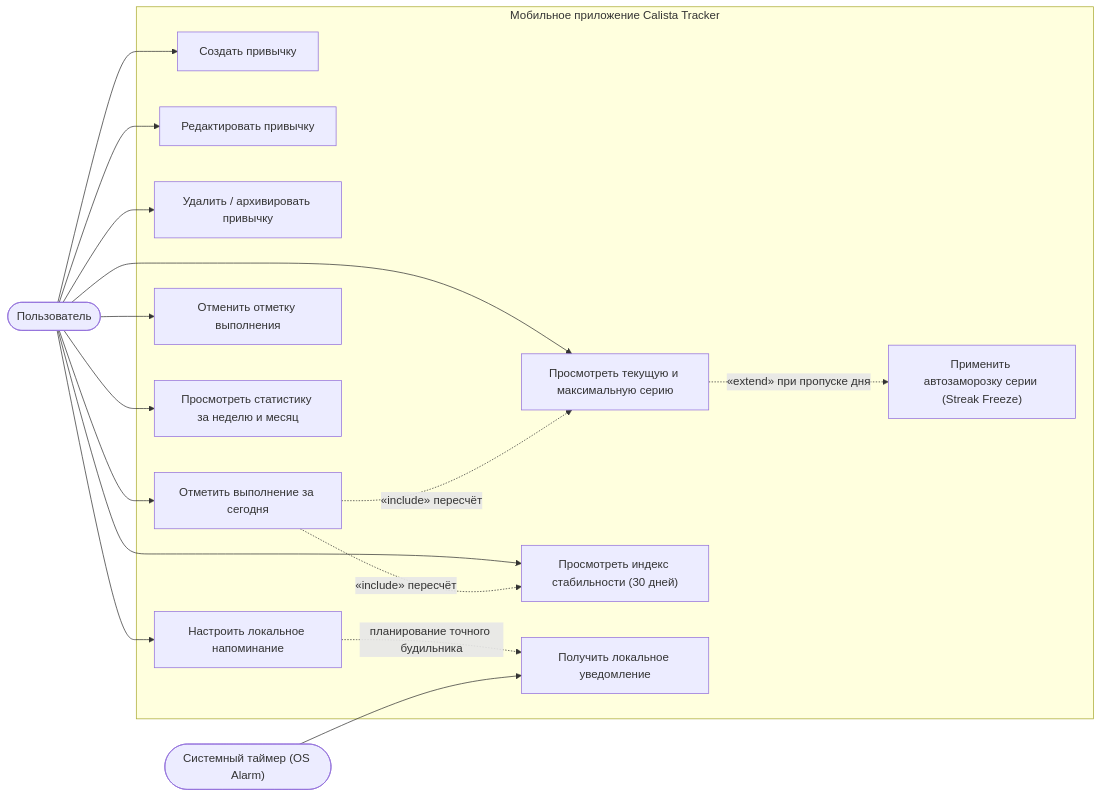
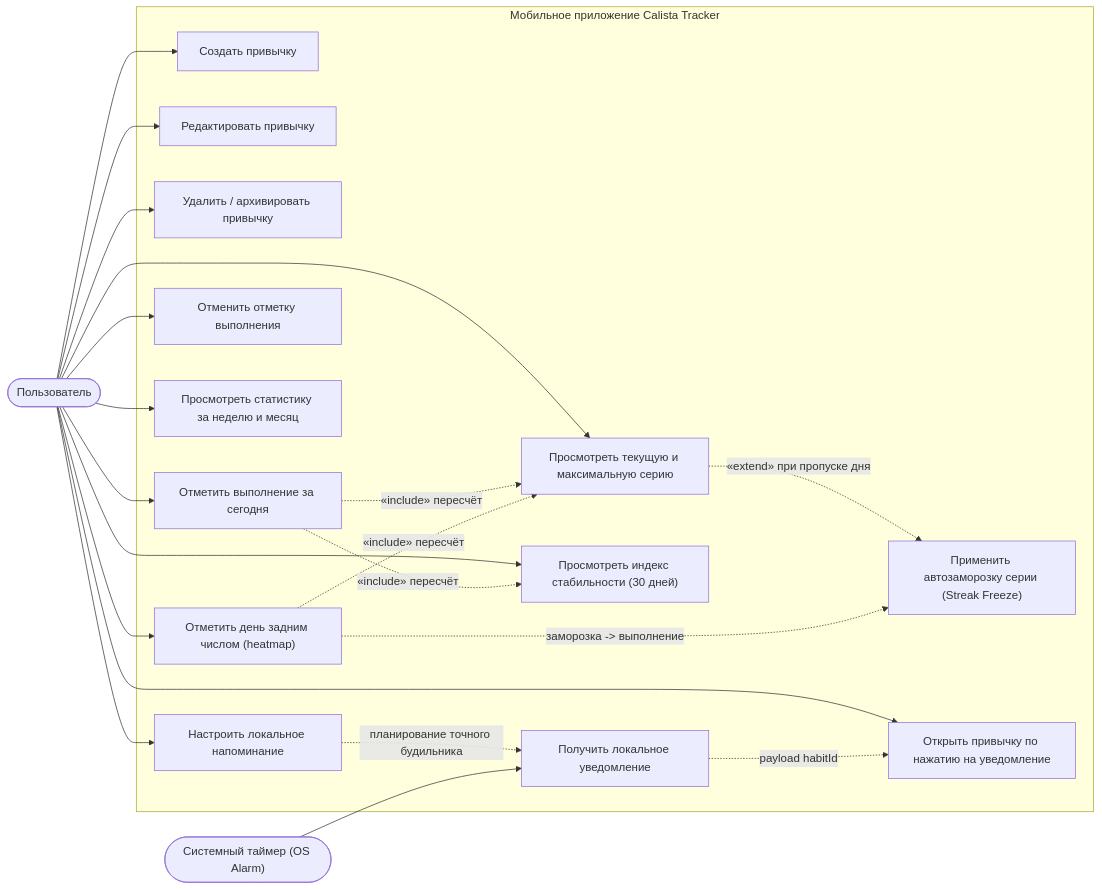
One commit to 1ndro4ka/CalistaTracker changed the diagram in docs/uml/use_case_diagram.md. Above: the diagram before and after it, drawn with Mermaid. The commit also changed 8 other files, not shown here.

````diff
--- a/docs/uml/use_case_diagram.md
+++ b/docs/uml/use_case_diagram.md
@@ -6,35 +6,42 @@
 ```mermaid
 flowchart LR
     User(["Пользователь"])
     AlarmSystem(["Системный таймер (OS Alarm)"])
 
     subgraph CalistaTrackerApp ["Мобильное приложение Calista Tracker"]
         UC1["Создать привычку"]
         UC2["Редактировать привычку"]
         UC3["Удалить / архивировать привычку"]
         UC4["Отметить выполнение за сегодня"]
         UC5["Отменить отметку выполнения"]
         UC6["Просмотреть текущую и максимальную серию"]
         UC7["Применить автозаморозку серии (Streak Freeze)"]
         UC8["Просмотреть индекс стабильности (30 дней)"]
         UC9["Просмотреть статистику за неделю и месяц"]
         UC10["Настроить локальное напоминание"]
         UC11["Получить локальное уведомление"]
+        UC12["Отметить день задним числом (heatmap)"]
+        UC13["Открыть привычку по нажатию на уведомление"]
     end
 
     User --> UC1
     User --> UC2
     User --> UC3
     User --> UC4
     User --> UC5
     User --> UC6
     User --> UC8
     User --> UC9
     User --> UC10
+    User --> UC12
+    User --> UC13
 
     UC4 -.->|«include» пересчёт| UC6
     UC4 -.->|«include» пересчёт| UC8
     UC6 -.->|«extend» при пропуске дня| UC7
+    UC12 -.->|«include» пересчёт| UC6
+    UC12 -.->|заморозка -> выполнение| UC7
     UC10 -.->|планирование точного будильника| UC11
+    UC11 -.->|payload habitId| UC13
     AlarmSystem --> UC11
 ```
````
